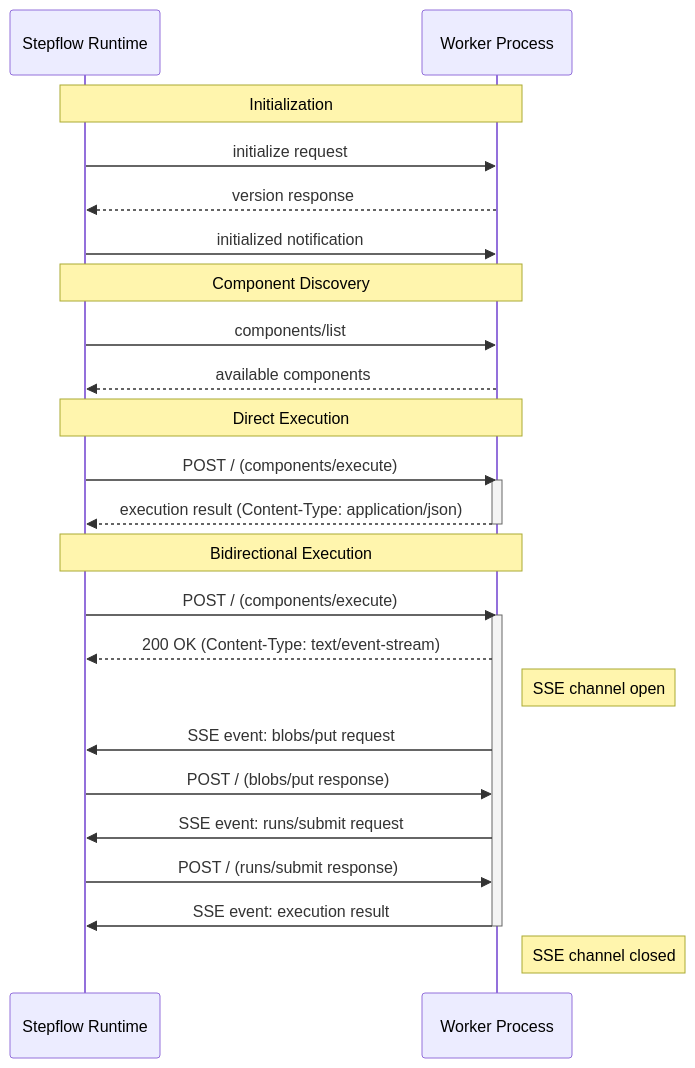
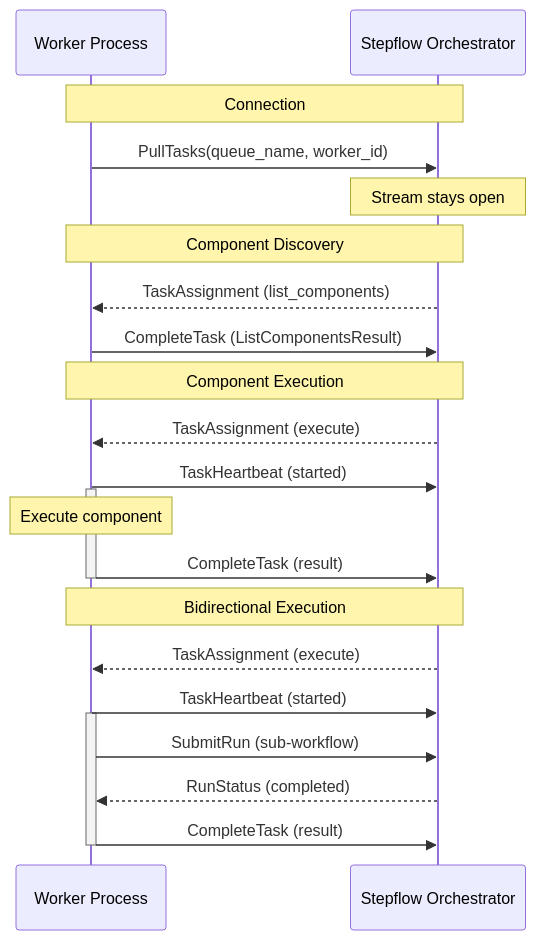
One commit to stepflow-ai/stepflow changed the diagram in docs/docs/workers/implementing-workers.md. Above: the diagram before and after it, drawn with Mermaid. The commit also changed other lines of this file and 28 other files, not shown here.

First line of the commit message:
docs: Update documentation for gRPC-first architecture

````diff
--- a/docs/docs/workers/implementing-workers.md
+++ b/docs/docs/workers/implementing-workers.md
@@ -21,33 +21,30 @@
 ```mermaid
 sequenceDiagram
-    participant Runtime as Stepflow Runtime
     participant Worker as Worker Process
+    participant Orchestrator as Stepflow Orchestrator
 
-    Note over Runtime,Worker: Initialization
-    Runtime->>Worker: initialize request
-    Worker-->>Runtime: version response
-    Runtime->>Worker: initialized notification
+    Note over Worker,Orchestrator: Connection
+    Worker->>Orchestrator: PullTasks(queue_name, worker_id)
+    Note over Orchestrator: Stream stays open
 
-    Note over Runtime,Worker: Component Discovery
-    Runtime->>Worker: components/list
-    Worker-->>Runtime: available components
+    Note over Worker,Orchestrator: Component Discovery
+    Orchestrator-->>Worker: TaskAssignment (list_components)
+    Worker->>Orchestrator: CompleteTask (ListComponentsResult)
 
-    Note over Runtime,Worker: Direct Execution
-    Runtime->>Worker: POST / (components/execute)
+    Note over Worker,Orchestrator: Component Execution
+    Orchestrator-->>Worker: TaskAssignment (execute)
+    Worker->>Orchestrator: TaskHeartbeat (started)
     activate Worker
-    Worker-->>Runtime: execution result (Content-Type: application/json)
+    Note over Worker: Execute component
+    Worker->>Orchestrator: CompleteTask (result)
     deactivate Worker
 
-    Note over Runtime,Worker: Bidirectional Execution
-    Runtime->>Worker: POST / (components/execute)
+    Note over Worker,Orchestrator: Bidirectional Execution
+    Orchestrator-->>Worker: TaskAssignment (execute)
+    Worker->>Orchestrator: TaskHeartbeat (started)
     activate Worker
-    Worker-->>Runtime: 200 OK (Content-Type: text/event-stream)
-    Note right of Worker: SSE channel open
-    Worker->>Runtime: SSE event: blobs/put request
-    Runtime->>Worker: POST / (blobs/put response)
-    Worker->>Runtime: SSE event: runs/submit request
-    Runtime->>Worker: POST / (runs/submit response)
-    Worker->>Runtime: SSE event: execution result
+    Worker->>Orchestrator: SubmitRun (sub-workflow)
+    Orchestrator-->>Worker: RunStatus (completed)
+    Worker->>Orchestrator: CompleteTask (result)
     deactivate Worker
-    Note right of Worker: SSE channel closed
 ```
````
